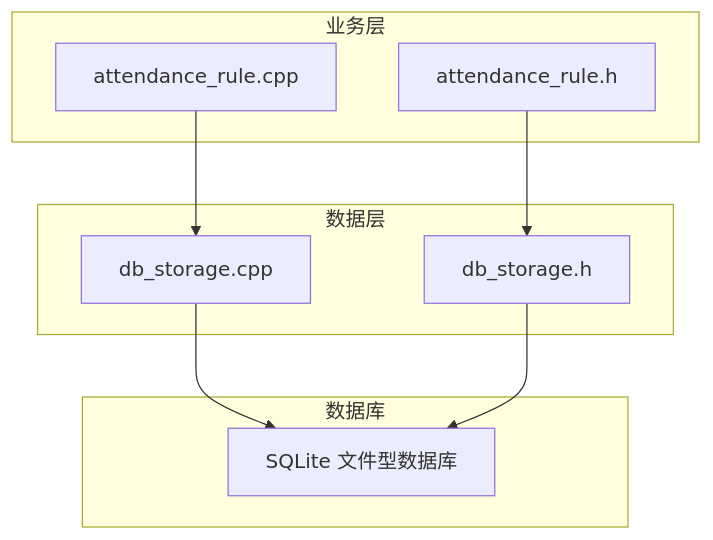
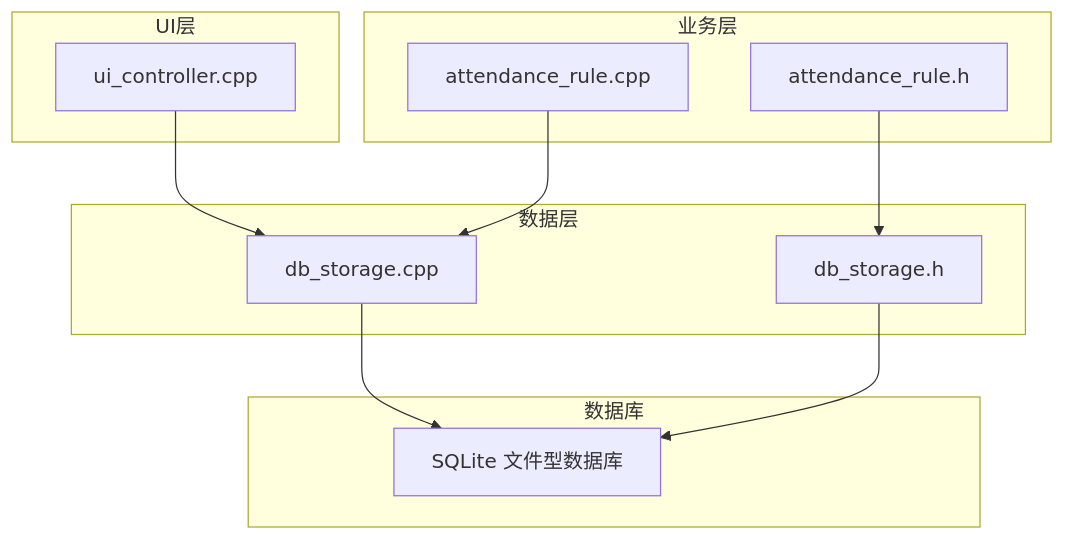
The first of 4 diagrams in .qoder/repowiki/zh/content/数据库设计.md (Drunk552/SmartAttendance), drawn with Mermaid before and after one commit. The commit also changed other lines of this file and 13 other files, not shown here.

````diff
--- a/.qoder/repowiki/zh/content/数据库设计.md
+++ b/.qoder/repowiki/zh/content/数据库设计.md
@@ -40,18 +44,22 @@
 ```mermaid
 graph TB
 subgraph "数据层"
 DBCPP["db_storage.cpp"]
 DBH["db_storage.h"]
 end
 subgraph "业务层"
 ARCPP["attendance_rule.cpp"]
 ARH["attendance_rule.h"]
 end
+subgraph "UI层"
+UICPP["ui_controller.cpp"]
+end
 subgraph "数据库"
 SQLITE["SQLite 文件型数据库"]
 end
 ARCPP --> DBCPP
 ARH --> DBH
+UICPP --> DBCPP
 DBCPP --> SQLITE
 DBH --> SQLITE
 ```
````
